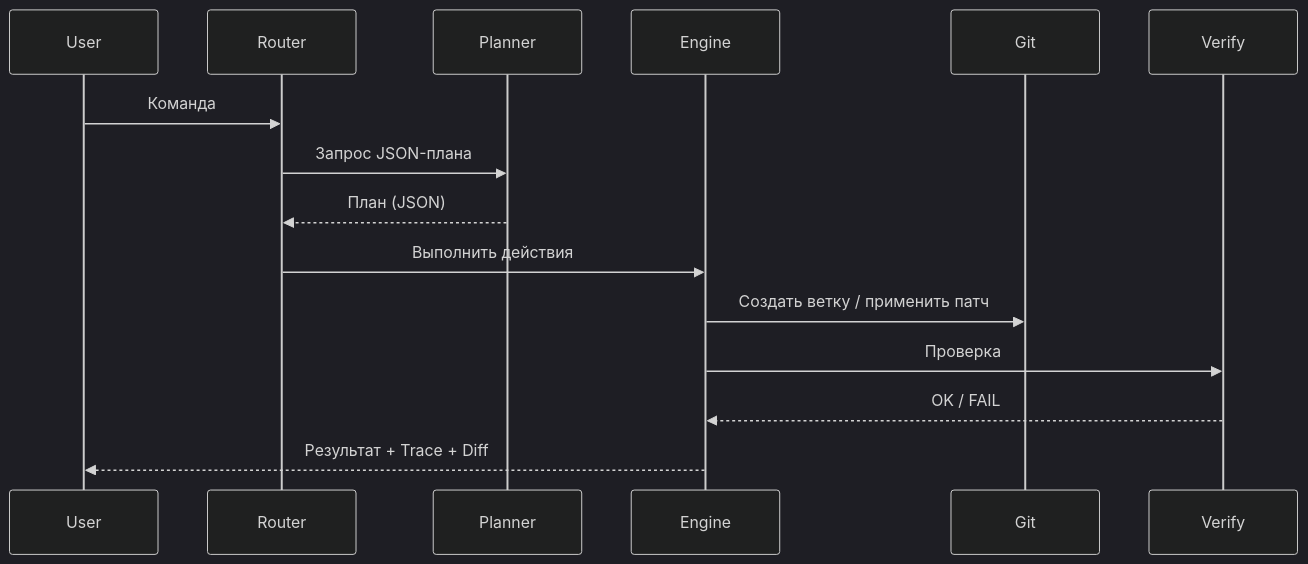
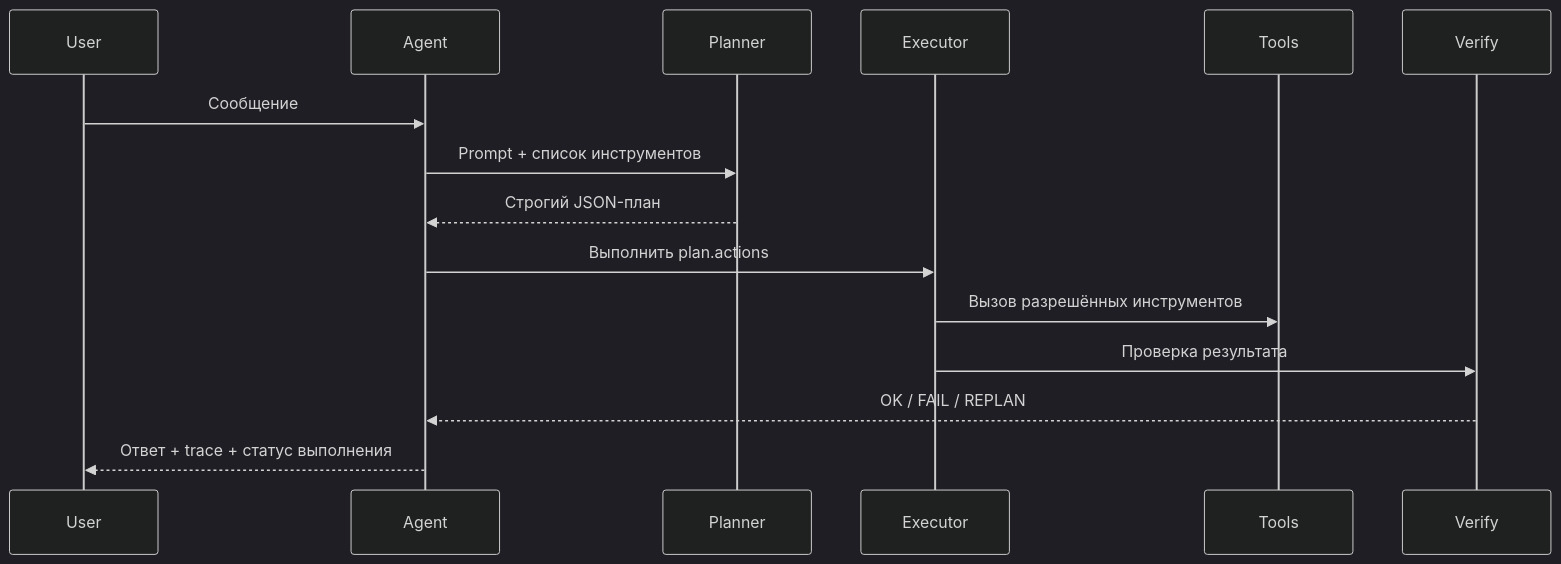
The second of 4 diagrams in контекст.md (Roman-Ch-32/new_agent), drawn with Mermaid (dark theme) before and after one commit. The commit also changed other lines of this file and 10 other files, not shown here.

````diff
--- a/контекст.md
+++ b/контекст.md
@@ -35,18 +34,18 @@
-``` mermaid
+```mermaid
 sequenceDiagram
     participant User
-    participant Router
+    participant Agent
     participant Planner
-    participant Engine
-    participant Git
+    participant Executor
+    participant Tools
     participant Verify
 
-    User->>Router: Команда
-    Router->>Planner: Запрос JSON-плана
-    Planner-->>Router: План (JSON)
-    Router->>Engine: Выполнить действия
-    Engine->>Git: Создать ветку / применить патч
-    Engine->>Verify: Проверка
-    Verify-->>Engine: OK / FAIL
-    Engine-->>User: Результат + Trace + Diff
+    User->>Agent: Сообщение
+    Agent->>Planner: Prompt + список инструментов
+    Planner-->>Agent: Строгий JSON-план
+    Agent->>Executor: Выполнить plan.actions
+    Executor->>Tools: Вызов разрешённых инструментов
+    Executor->>Verify: Проверка результата
+    Verify-->>Agent: OK / FAIL / REPLAN
+    Agent-->>User: Ответ + trace + статус выполнения
 ```
````
